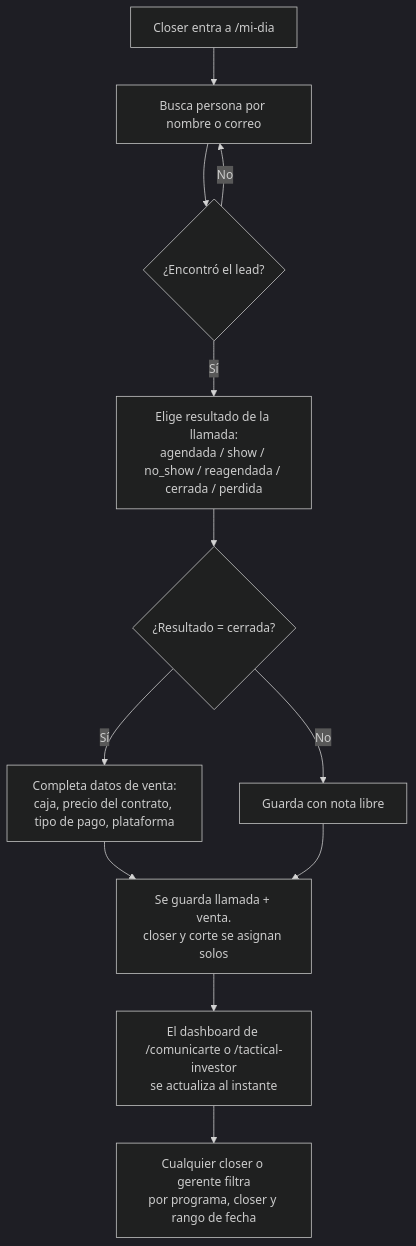
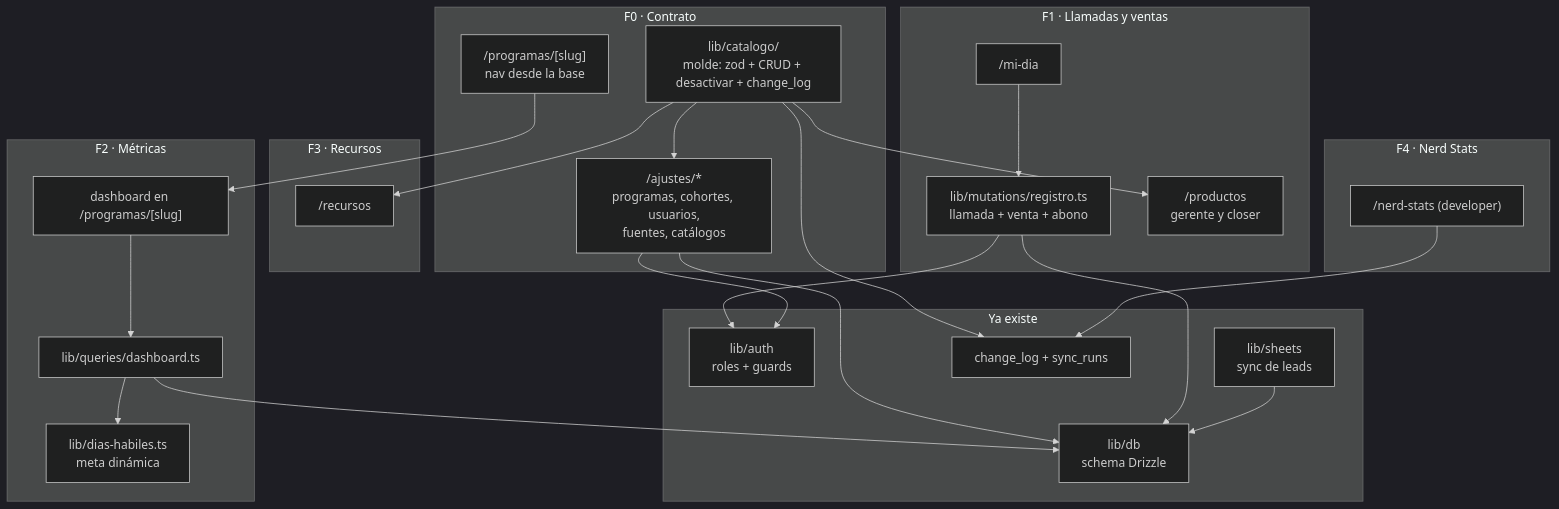
The first of 3 diagrams in docs/plan.md (Retia-Agencia/retia-metrics), drawn with Mermaid (dark theme) before and after one commit. The commit also changed other lines of this file and 39 other files, not shown here.

First line of the commit message:
docs: contrato de extension y re-plan del CRM en cinco fases

````diff
--- a/docs/plan.md
+++ b/docs/plan.md
@@ -58,14 +25,43 @@
 ```mermaid
 flowchart TD
-    A["Closer entra a /mi-dia"] --> B["Busca persona por nombre o correo"]
-    B --> C{"¿Encontró el lead?"}
-    C -- No --> B
-    C -- Sí --> D["Elige resultado de la llamada:<br/>agendada / show / no_show / reagendada / cerrada / perdida"]
-    D --> E{"¿Resultado = cerrada?"}
-    E -- Sí --> F["Completa datos de venta:<br/>caja, precio del contrato, tipo de pago, plataforma"]
-    E -- No --> G["Guarda con nota libre"]
-    F --> H["Se guarda llamada + venta.<br/>closer y corte se asignan solos"]
-    G --> H
-    H --> I["El dashboard de /comunicarte o /tactical-investor<br/>se actualiza al instante"]
-    I --> J["Cualquier closer o gerente filtra<br/>por programa, closer y rango de fecha"]
+    subgraph existe["Ya existe"]
+        Auth["lib/auth<br/>roles + guards"]
+        DB["lib/db<br/>schema Drizzle"]
+        Sync["lib/sheets<br/>sync de leads"]
+        Log["change_log + sync_runs"]
+    end
+    subgraph f0["F0 · Contrato"]
+        Cat["lib/catalogo/<br/>molde: zod + CRUD + desactivar + change_log"]
+        Prog["/programas/[slug]<br/>nav desde la base"]
+        Aj["/ajustes/*<br/>programas, cohortes, usuarios,<br/>fuentes, catálogos"]
+    end
+    subgraph f1["F1 · Llamadas y ventas"]
+        Mut["lib/mutations/registro.ts<br/>llamada + venta + abono"]
+        MiDia["/mi-dia"]
+        Productos["/productos<br/>gerente y closer"]
+    end
+    subgraph f2["F2 · Métricas"]
+        Hab["lib/dias-habiles.ts<br/>meta dinámica"]
+        Q["lib/queries/dashboard.ts"]
+        Dash["dashboard en /programas/[slug]"]
+    end
+    subgraph f3["F3 · Recursos"]
+        Rec["/recursos"]
+    end
+    subgraph f4["F4 · Nerd Stats"]
+        Nerd["/nerd-stats (developer)"]
+    end
+    Cat --> Aj
+    Cat --> Productos
+    Cat --> Rec
+    Aj --> DB
+    Cat --> Log
+    Prog --> Dash
+    MiDia --> Mut --> DB
+    Dash --> Q --> DB
+    Q --> Hab
+    Nerd --> Log
+    Sync --> DB
+    Mut --> Auth
+    Aj --> Auth
 ```
````
